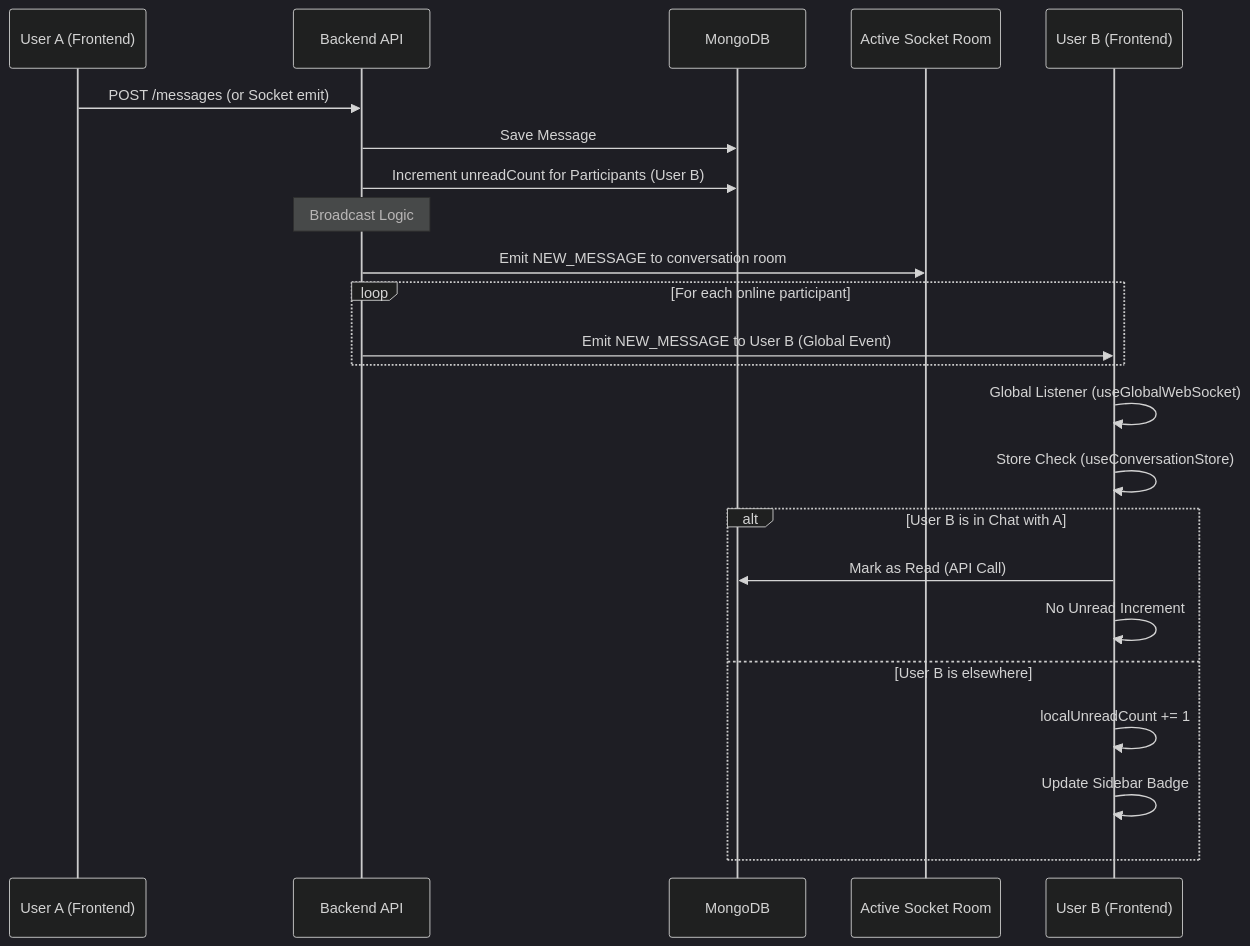
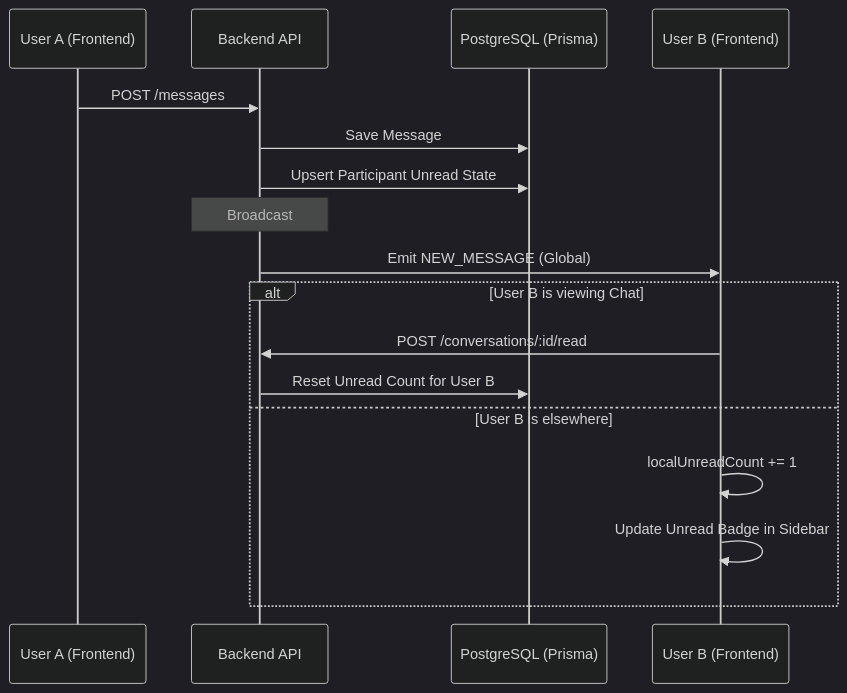
The diagram in docs/UNREAD_MESSAGE_FEATURE.md (EricNguyen1206/turbo-chat), drawn with Mermaid (dark theme) before and after one commit. The commit also changed other lines of this file and 42 other files, not shown here.

Commit message:
feat: implement ZeroClaw features, add new web pages, and update API and documentation for database changes

````diff
--- a/docs/UNREAD_MESSAGE_FEATURE.md
+++ b/docs/UNREAD_MESSAGE_FEATURE.md
@@ -21,29 +21,22 @@
 ```mermaid
 sequenceDiagram
     participant Sender as User A (Frontend)
     participant Server as Backend API
-    participant DB as MongoDB
-    participant Socket as Active Socket Room
+    participant DB as PostgreSQL (Prisma)
     participant Receiver as User B (Frontend)
 
-    Sender->>Server: POST /messages (or Socket emit)
+    Sender->>Server: POST /messages
     Server->>DB: Save Message
-    Server->>DB: Increment unreadCount for Participants (User B)
+    Server->>DB: Upsert Participant Unread State
     
-    note over Server: Broadcast Logic
-    Server->>Socket: Emit NEW_MESSAGE to conversation room
-    
-    loop For each online participant
-        Server->>Receiver: Emit NEW_MESSAGE to User B (Global Event)
-    end
+    Note over Server: Broadcast
+    Server->>Receiver: Emit NEW_MESSAGE (Global)
 
-    Receiver->>Receiver: Global Listener (useGlobalWebSocket)
-    Receiver->>Receiver: Store Check (useConversationStore)
-    alt User B is in Chat with A
-        Receiver->>DB: Mark as Read (API Call)
-        Receiver->>Receiver: No Unread Increment
+    alt User B is viewing Chat
+        Receiver->>Server: POST /conversations/:id/read
+        Server->>DB: Reset Unread Count for User B
     else User B is elsewhere
         Receiver->>Receiver: localUnreadCount += 1
-        Receiver->>Receiver: Update Sidebar Badge
+        Receiver->>Receiver: Update Unread Badge in Sidebar
     end
 ```
````
